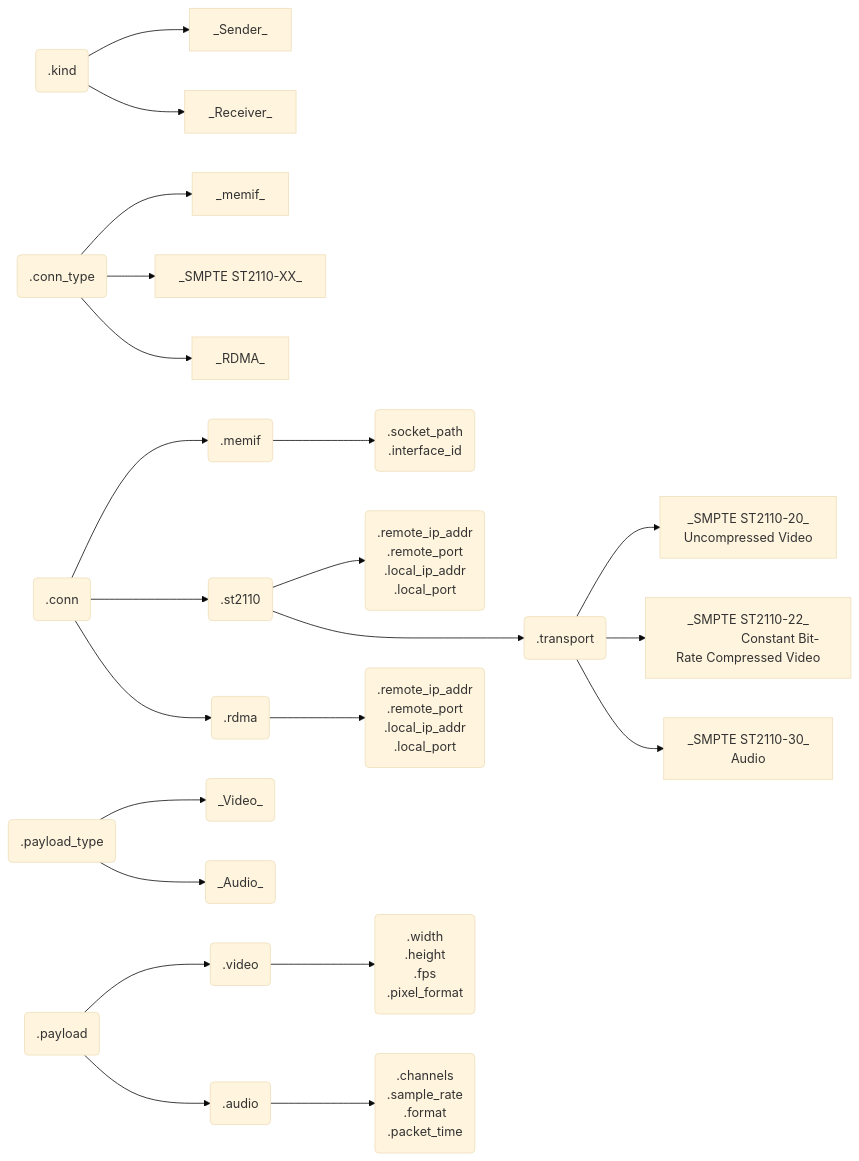
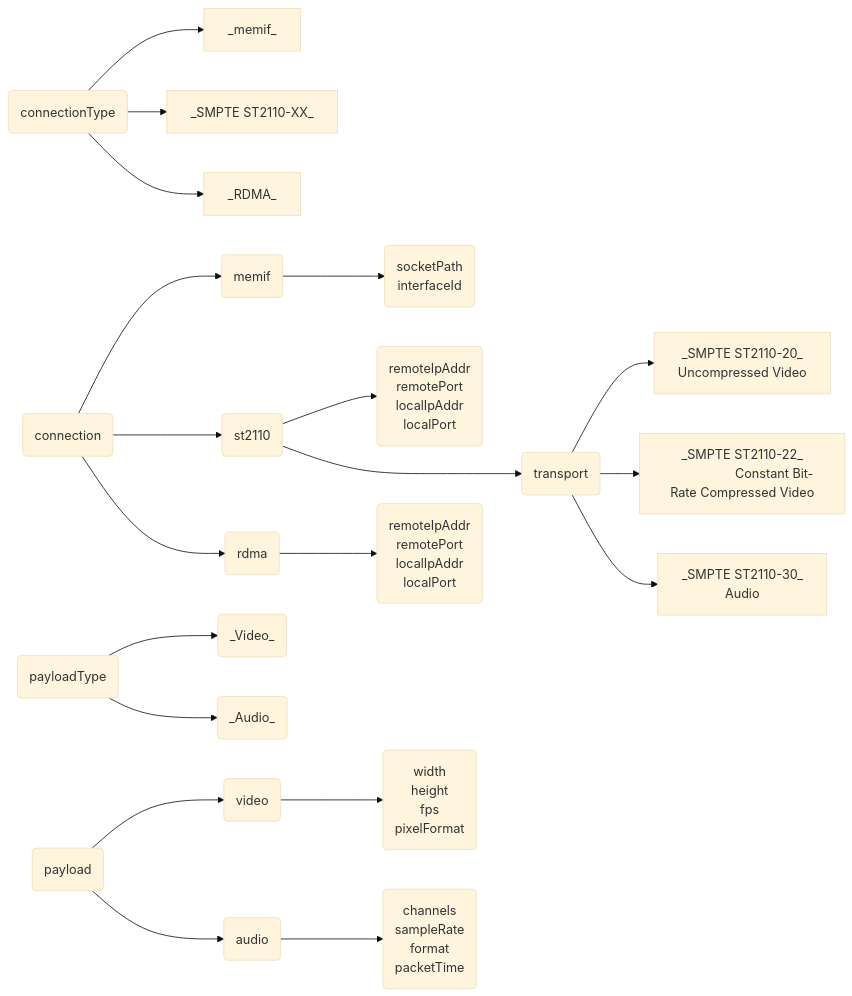
One commit to OpenVisualCloud/Media-Communications-Mesh changed the diagram in docs/sdk/SDK_API_WORKFLOW.md. Above: the diagram before and after it, drawn with Mermaid (base theme). The commit also changed other lines of this file and 4 other files, not shown here.

````diff
--- a/docs/sdk/SDK_API_WORKFLOW.md
+++ b/docs/sdk/SDK_API_WORKFLOW.md
@@ -83,42 +102,40 @@
 ```mermaid
 flowchart LR
-   kind(.kind) --> sender[_Sender_]
-   kind --> receiver[_Receiver_]
 
-   conn_type(.conn_type) --> memif_t[_memif_]
+   conn_type(connectionType) --> memif_t[_memif_]
    conn_type --> st_t[_SMPTE ST2110-XX_]
    conn_type --> rdma_t[_RDMA_]
 
-   conn(.conn) --> memif(.memif)
-      memif --> socket_path(".socket_path
-                             .interface_id")
+   conn(connection) --> memif(memif)
+      memif --> socket_path("socketPath
+                             interfaceId")
 
-   conn --> st(.st2110) --> st_param(".remote_ip_addr
-                                      .remote_port
-                                      .local_ip_addr
-                                      .local_port")
-            st ---> transport(.transport)
+   conn --> st(st2110) --> st_param("remoteIpAddr
+                                     remotePort
+                                     localIpAddr
+                                     localPort")
+            st ---> transport(transport)
                transport --> st20["_SMPTE ST2110-20_ 
                   Uncompressed Video"]
                transport --> st22["_SMPTE ST2110-22_
                   Constant Bit-Rate Compressed Video"]
                transport --> st30["_SMPTE ST2110-30_
                   Audio"]
 
-   conn --> rdma(.rdma) --> rdma_param(".remote_ip_addr
-                                        .remote_port
-                                        .local_ip_addr
-                                        .local_port")
+   conn --> rdma(rdma) --> rdma_param("remoteIpAddr
+                                       remotePort
+                                       localIpAddr
+                                       localPort")
 
-   payload_type(.payload_type) --> video_t(_Video_)
+   payload_type(payloadType) --> video_t(_Video_)
    payload_type --> audio_t(_Audio_)
 
-   payload(.payload) --> video(.video) --> videoparam(".width
-                                                       .height
-                                                       .fps
-                                                       .pixel_format")
-   payload --> audio(.audio) --> audioparam(".channels
-                                             .sample_rate
-                                             .format
-                                             .packet_time")
+   payload(payload) --> video(video) --> videoparam("width
+                                                     height
+                                                     fps
+                                                     pixelFormat")
+   payload --> audio(audio) --> audioparam("channels
+                                            sampleRate
+                                            format
+                                            packetTime")
 ```
````
